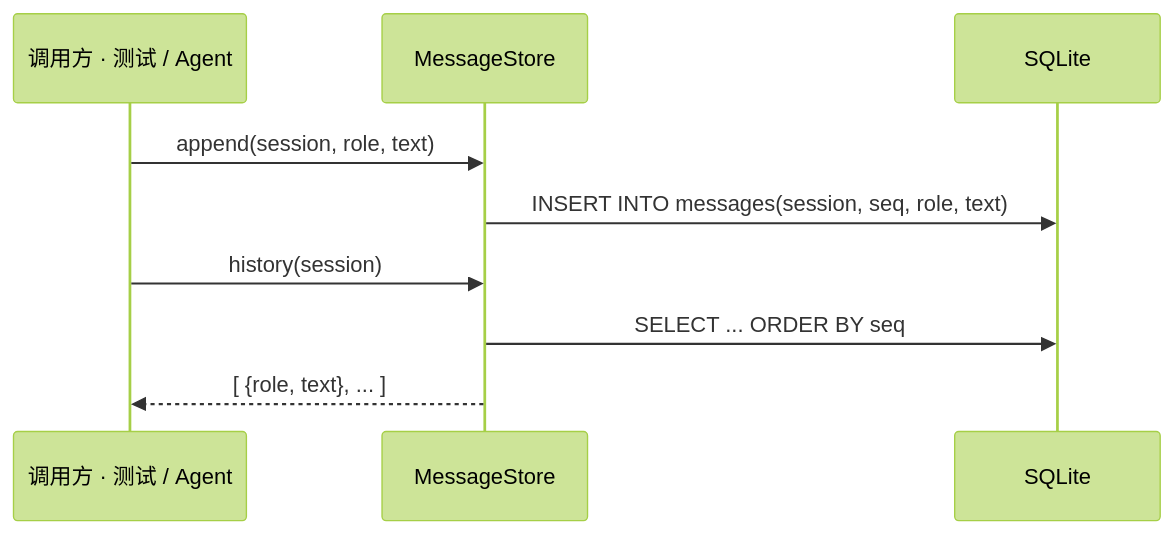
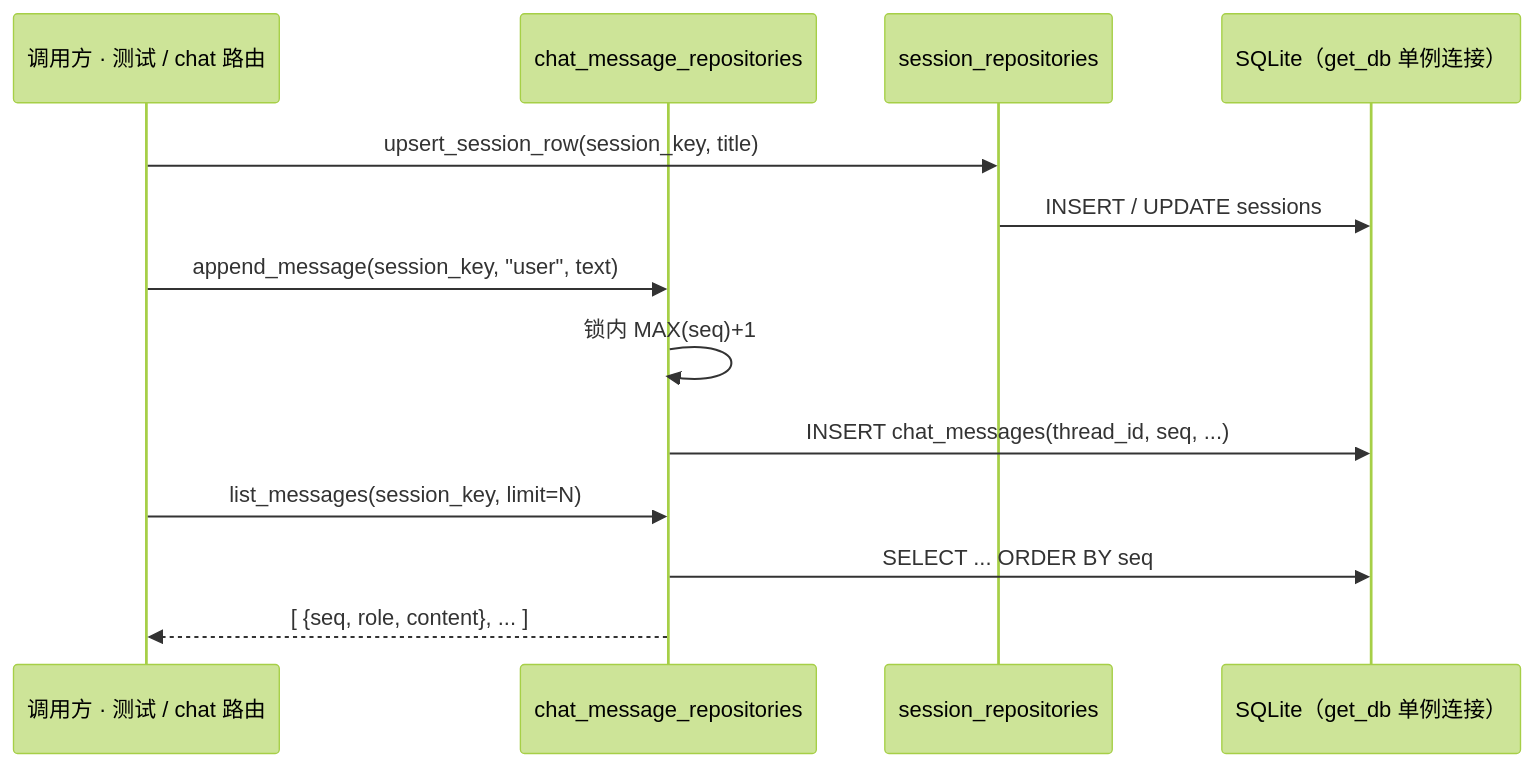
The diagram in work-agent-harness/doc/evoflow-学习规划/01-最小闭环/03-会话与消息存储.md (G0-000/agent-book), drawn with Mermaid (forest theme) before and after one commit. The commit also changed other lines of this file and 3 other files, not shown here.

Commit message:
docs(ch3): 按 EvoFlow 拆分为 db/session_repositories/chat_message_repositories，删除合并 MessageStore

````diff
--- a/work-agent-harness/doc/evoflow-学习规划/01-最小闭环/03-会话与消息存储.md
+++ b/work-agent-harness/doc/evoflow-学习规划/01-最小闭环/03-会话与消息存储.md
@@ -19,11 +20,15 @@
 ```mermaid
 sequenceDiagram
-    participant C as 调用方 · 测试 / Agent
-    participant S as MessageStore
-    participant DB as SQLite
-    C->>S: append(session, role, text)
-    S->>DB: INSERT INTO messages(session, seq, role, text)
-    C->>S: history(session)
-    S->>DB: SELECT ... ORDER BY seq
-    S-->>C: [ {role, text}, ... ]
+    participant C as 调用方 · 测试 / chat 路由
+    participant R as chat_message_repositories
+    participant S as session_repositories
+    participant DB as SQLite（get_db 单例连接）
+    C->>S: upsert_session_row(session_key, title)
+    S->>DB: INSERT / UPDATE sessions
+    C->>R: append_message(session_key, "user", text)
+    R->>R: 锁内 MAX(seq)+1
+    R->>DB: INSERT chat_messages(thread_id, seq, ...)
+    C->>R: list_messages(session_key, limit=N)
+    R->>DB: SELECT ... ORDER BY seq
+    R-->>C: [ {seq, role, content}, ... ]
 ```
````
